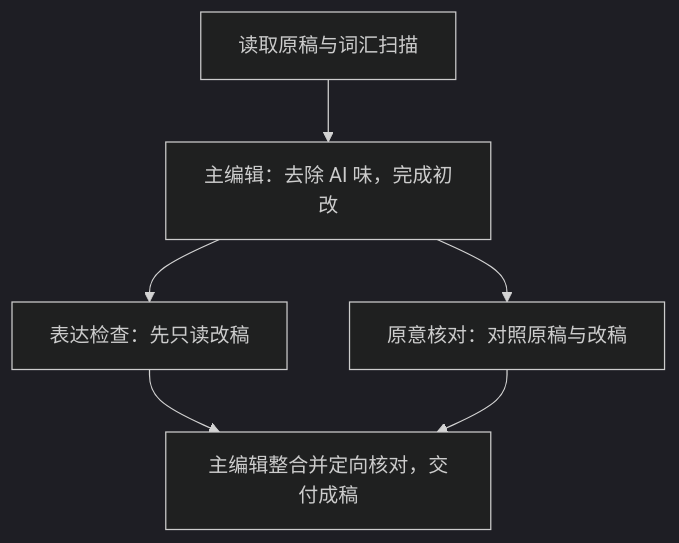
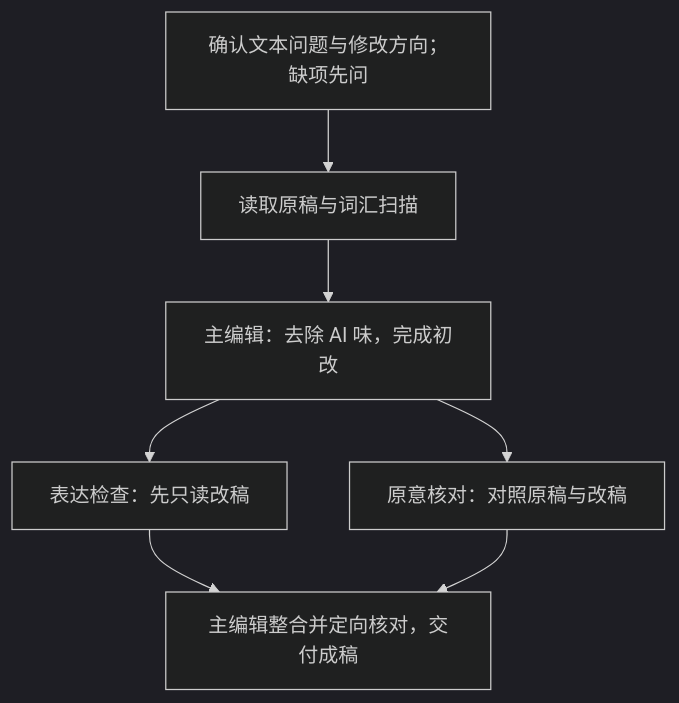
The diagram in README.md (Rimagination/easyunslop), drawn with Mermaid (dark theme) before and after one commit. The commit also changed other lines of this file and 5 other files, not shown here.

````diff
--- a/README.md
+++ b/README.md
@@ -115,8 +120,9 @@
 ```mermaid
 flowchart TD
+    Q["确认文本问题与修改方向；缺项先问"] --> A
     A["读取原稿与词汇扫描"] --> B["主编辑：去除 AI 味，完成初改"]
     B --> C["表达检查：先只读改稿"]
     B --> D["原意核对：对照原稿与改稿"]
     C --> E["主编辑整合并定向核对，交付成稿"]
     D --> E
 ```
````
